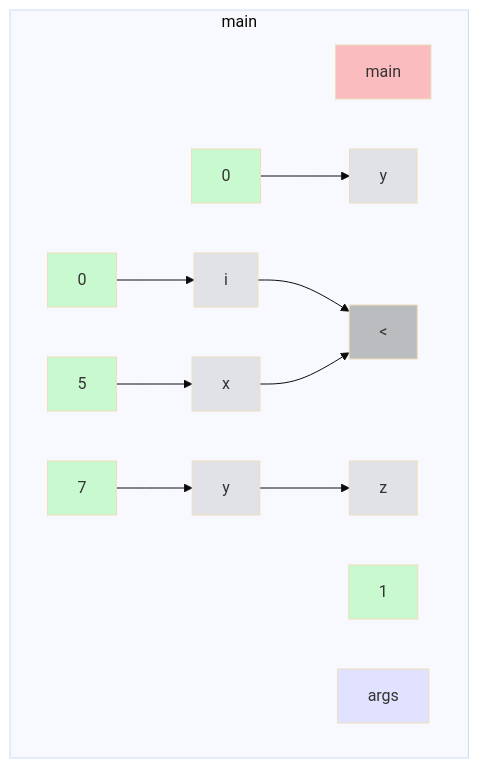
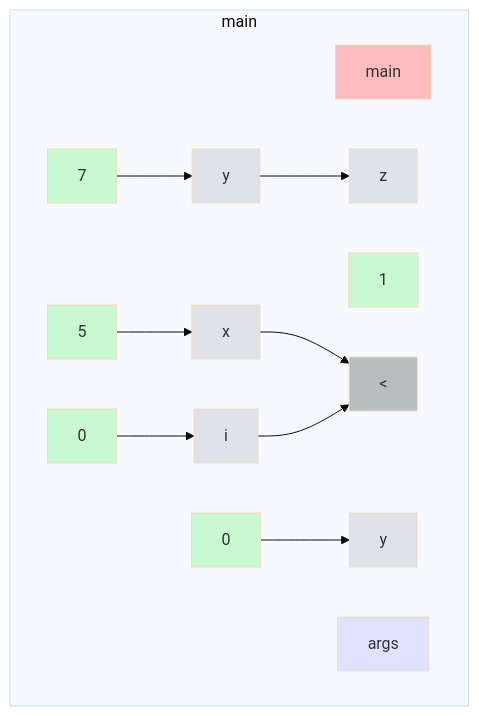
Before and after one commit to gstiebler/codeflow: the diagram in app/src/test/resources/forLoop/truth.md, drawn with Mermaid (base theme). The commit also changed 16 other files, not shown here.

````diff
--- a/app/src/test/resources/forLoop/truth.md
+++ b/app/src/test/resources/forLoop/truth.md
@@ -1,30 +1,30 @@
 ```mermaid
 flowchart TD
   subgraph 4309014["main"]
-    -870865083[0]:::LITERAL
-    -870865059[5]:::LITERAL
-    -870865017[0]:::LITERAL
-    -870864789[<]:::BIN_OP
-    -870864781[7]:::LITERAL
-    -870864102[1]:::LITERAL
-    -870864056[i]:::VARIABLE
-    -870863955[x]:::VARIABLE
-    -870863871[y]:::VARIABLE
-    -870862928[z]:::VARIABLE
-    -819880877[args]:::FUNC_PARAM
+    -1228931167[x]:::VARIABLE
+    -1228927715[5]:::LITERAL
+    -1228903308[y]:::VARIABLE
+    -1228901824[0]:::LITERAL
+    -1228875807[i]:::VARIABLE
+    -1228874722[0]:::LITERAL
+    -1228873557[<]:::BIN_OP
+    -1228843979[7]:::LITERAL
+    -1177975243[args]:::FUNC_PARAM
     12893[y]:::VARIABLE
     56853577[main]:::RETURN
-    -870865083[0]:::LITERAL --> -870863871[y]:::VARIABLE
-    -870865059[5]:::LITERAL --> -870863955[x]:::VARIABLE
-    -870865017[0]:::LITERAL --> -870864056[i]:::VARIABLE
-    -870864781[7]:::LITERAL --> 12893[y]:::VARIABLE
-    -870864056[i]:::VARIABLE --> -870864789[<]:::BIN_OP
-    -870863955[x]:::VARIABLE --> -870864789[<]:::BIN_OP
-    12893[y]:::VARIABLE --> -870862928[z]:::VARIABLE
+    551019600[z]:::VARIABLE
+    551026017[1]:::LITERAL
+    -1228931167[x]:::VARIABLE --> -1228873557[<]:::BIN_OP
+    -1228927715[5]:::LITERAL --> -1228931167[x]:::VARIABLE
+    -1228901824[0]:::LITERAL --> -1228903308[y]:::VARIABLE
+    -1228875807[i]:::VARIABLE --> -1228873557[<]:::BIN_OP
+    -1228874722[0]:::LITERAL --> -1228875807[i]:::VARIABLE
+    -1228843979[7]:::LITERAL --> 12893[y]:::VARIABLE
+    12893[y]:::VARIABLE --> 551019600[z]:::VARIABLE
   end
   classDef LITERAL fill:#00FF0030
   classDef VARIABLE fill:#80808030
   classDef BIN_OP fill:#80808080
   classDef FUNC_PARAM fill:#8080FF30
   classDef RETURN fill:#FF808080
 ```
````
